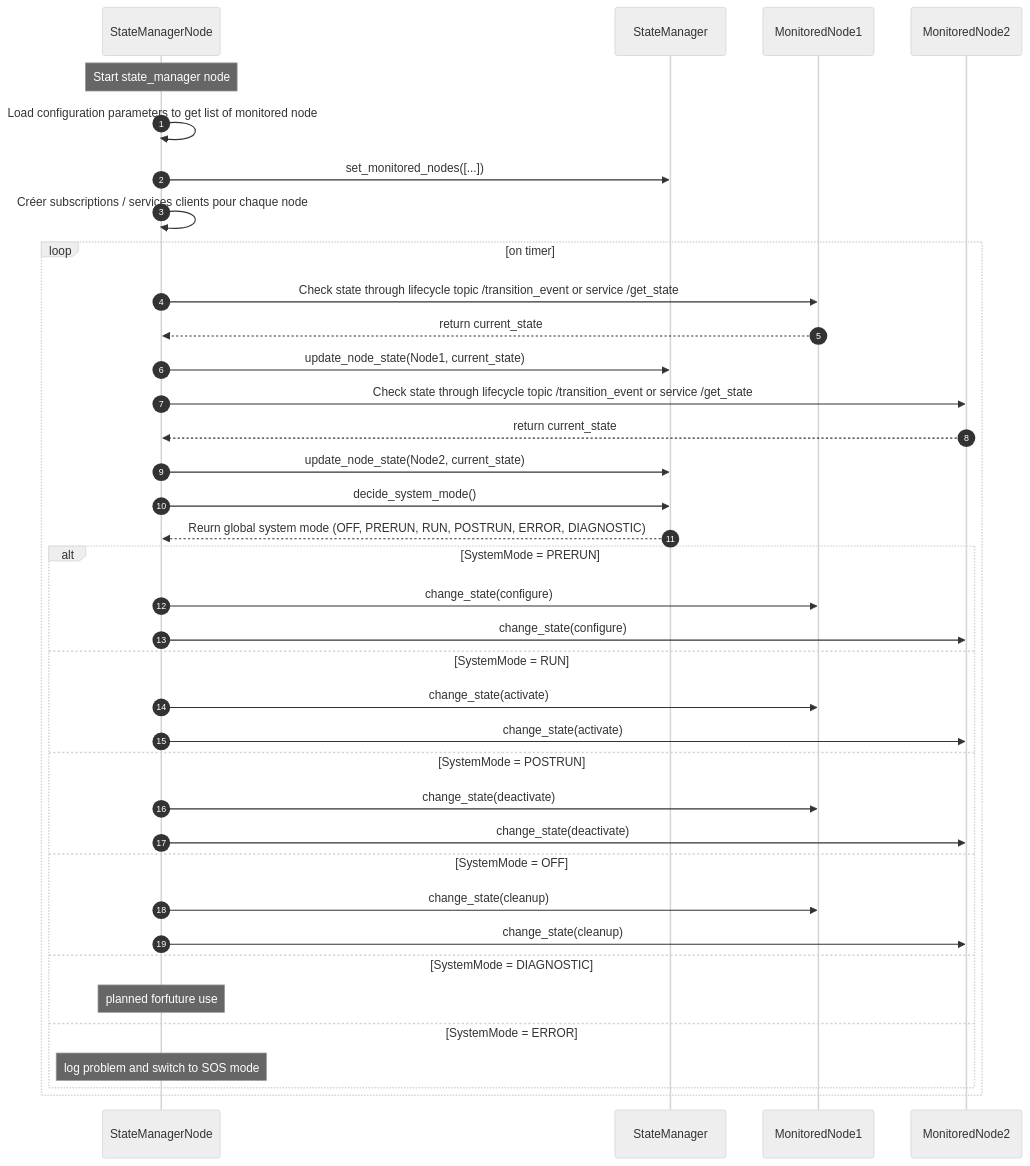
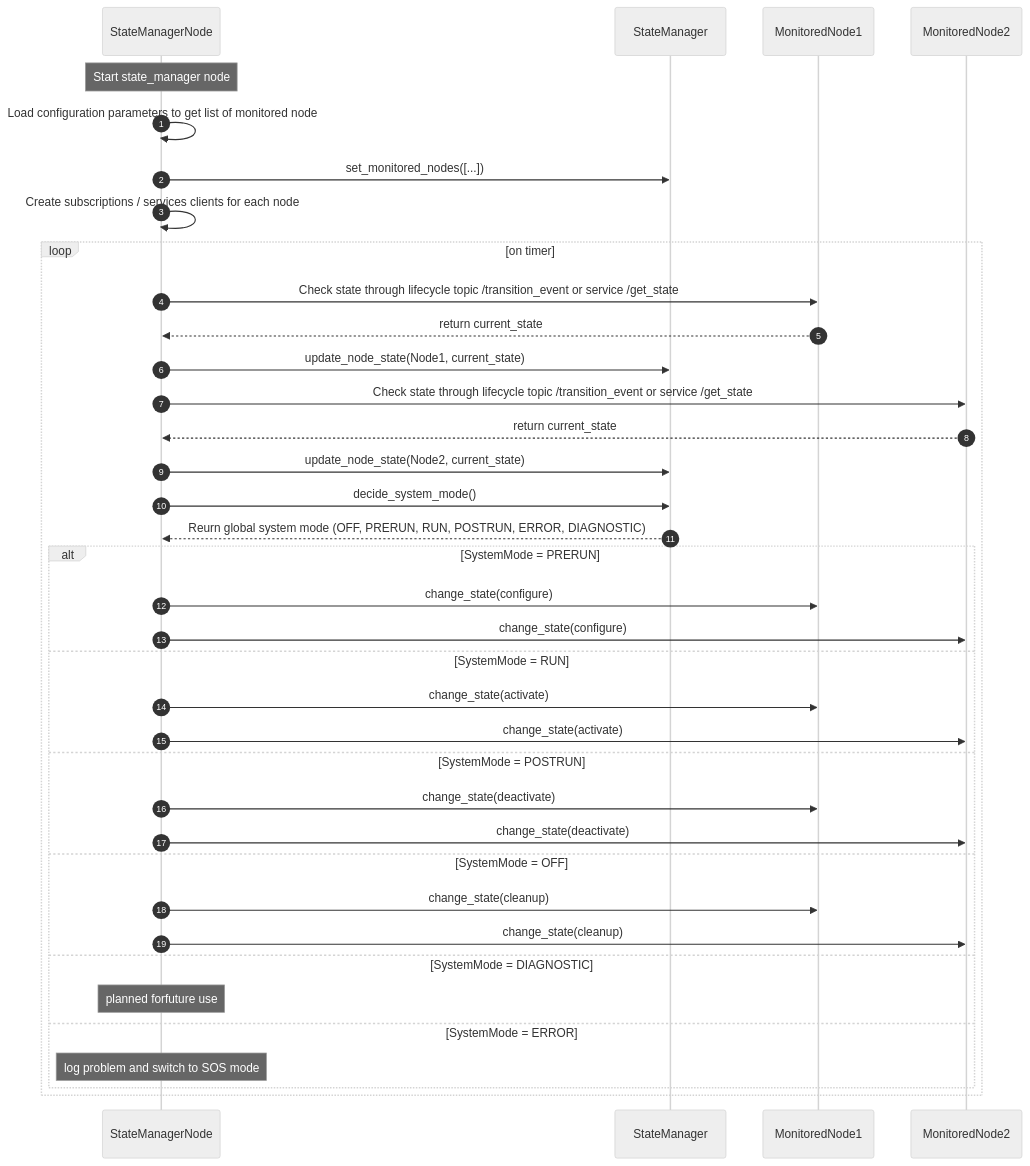
Before and after one commit to ToCap/ROS: the second of 2 diagrams in src/state_manager/readme.md, drawn with Mermaid (neutral theme). The commit also changed 5 other files, not shown here.

````diff
--- a/src/state_manager/readme.md
+++ b/src/state_manager/readme.md
@@ -47,44 +47,44 @@
 ```mermaid
 sequenceDiagram
     autonumber
     participant SM as StateManagerNode
     participant SL as StateManager
     participant Node1 as MonitoredNode1
     participant Node2 as MonitoredNode2
 
     Note over SM: Start state_manager node
     SM->>SM: Load configuration parameters to get list of monitored node
     SM->>SL: set_monitored_nodes([...])
-    SM->>SM: Créer subscriptions / services clients pour chaque node
+    SM->>SM: Create subscriptions / services clients for each node
 
     loop on timer
         SM->>Node1: Check state through lifecycle topic /transition_event or service /get_state
         Node1-->>SM: return  current_state
         SM->>SL: update_node_state(Node1, current_state)
 
         SM->>Node2: Check state through lifecycle topic /transition_event or  service /get_state
         Node2-->>SM: return current_state
         SM->>SL: update_node_state(Node2, current_state)
 
         SM->>SL: decide_system_mode()
         SL-->>SM: Reurn global system mode (OFF, PRERUN, RUN, POSTRUN, ERROR, DIAGNOSTIC)
 
         alt SystemMode = PRERUN
             SM->>Node1: change_state(configure)
             SM->>Node2: change_state(configure)
         else SystemMode = RUN
             SM->>Node1: change_state(activate)
             SM->>Node2: change_state(activate)
         else SystemMode = POSTRUN
             SM->>Node1: change_state(deactivate)
             SM->>Node2: change_state(deactivate)
         else SystemMode = OFF
             SM->>Node1: change_state(cleanup)
             SM->>Node2: change_state(cleanup)
         else SystemMode = DIAGNOSTIC
             Note over SM: planned forfuture use
         else SystemMode = ERROR
             Note over SM: log problem and switch to SOS mode
         end
     end
 ```
````
